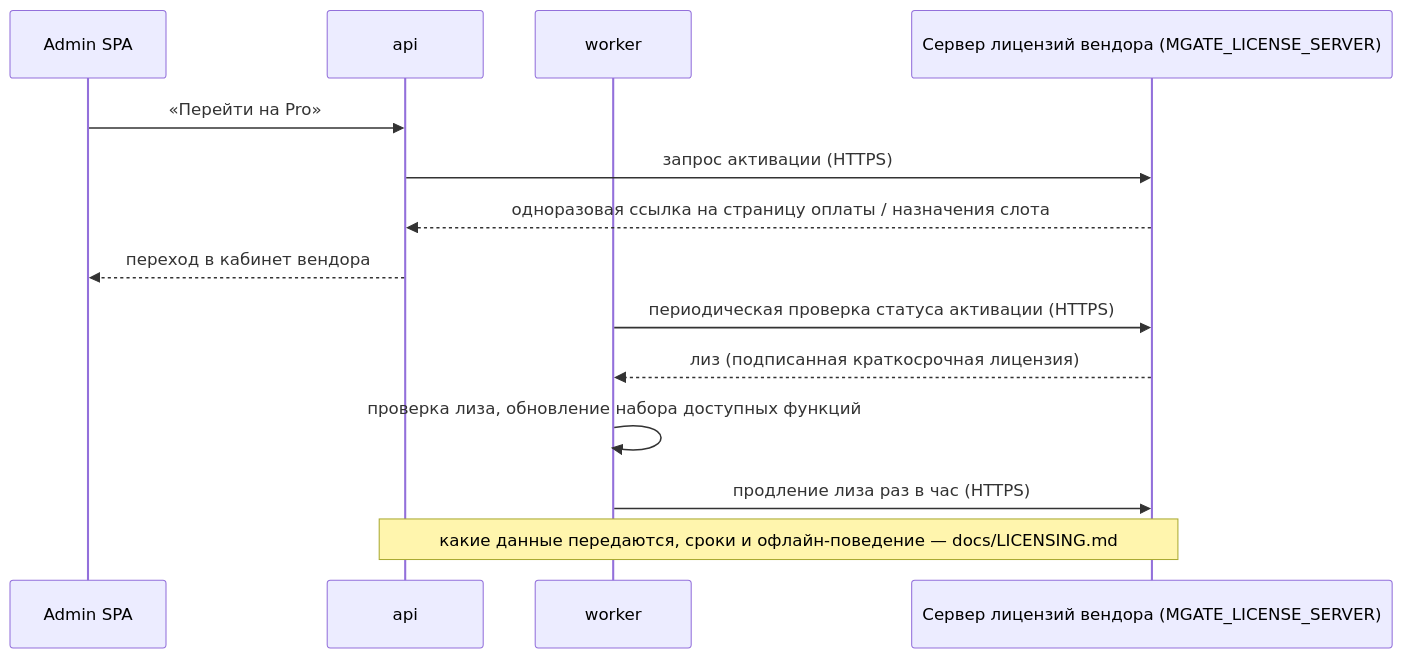
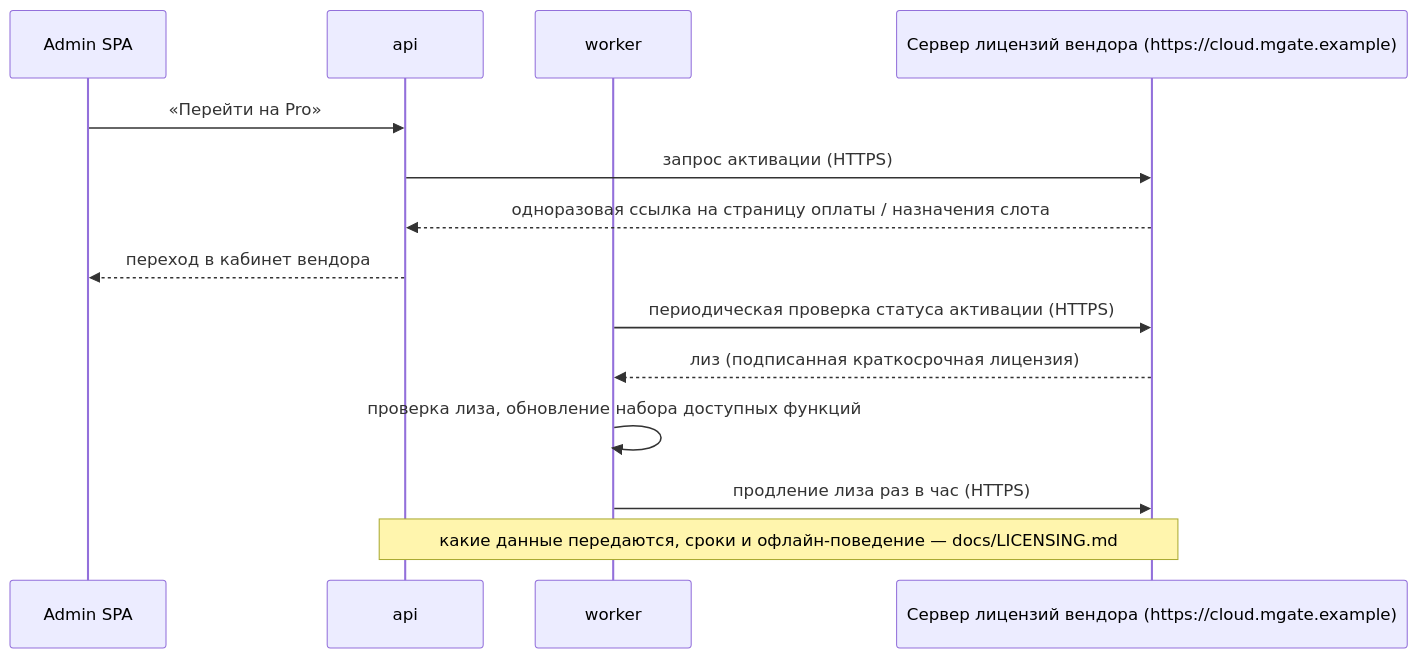
The tenth of 10 diagrams in docs/ARCHITECTURE.md (mgate-server/mgate), drawn with Mermaid before and after one commit. The commit also changed other lines of this file and 53 other files, not shown here.

````diff
--- a/docs/ARCHITECTURE.md
+++ b/docs/ARCHITECTURE.md
@@ -445,17 +445,17 @@
 ```mermaid
 sequenceDiagram
   participant Admin as Admin SPA
   participant API as api
   participant Worker as worker
-  participant Cloud as Сервер лицензий вендора (MGATE_LICENSE_SERVER)
+  participant Cloud as Сервер лицензий вендора (https://cloud.mgate.example)
 
   Admin->>API: «Перейти на Pro»
   API->>Cloud: запрос активации (HTTPS)
   Cloud-->>API: одноразовая ссылка на страницу оплаты / назначения слота
   API-->>Admin: переход в кабинет вендора
   Worker->>Cloud: периодическая проверка статуса активации (HTTPS)
   Cloud-->>Worker: лиз (подписанная краткосрочная лицензия)
   Worker->>Worker: проверка лиза, обновление набора доступных функций
   Worker->>Cloud: продление лиза раз в час (HTTPS)
   Note over API,Cloud: какие данные передаются, сроки и офлайн-поведение — docs/LICENSING.md
 ```
````
